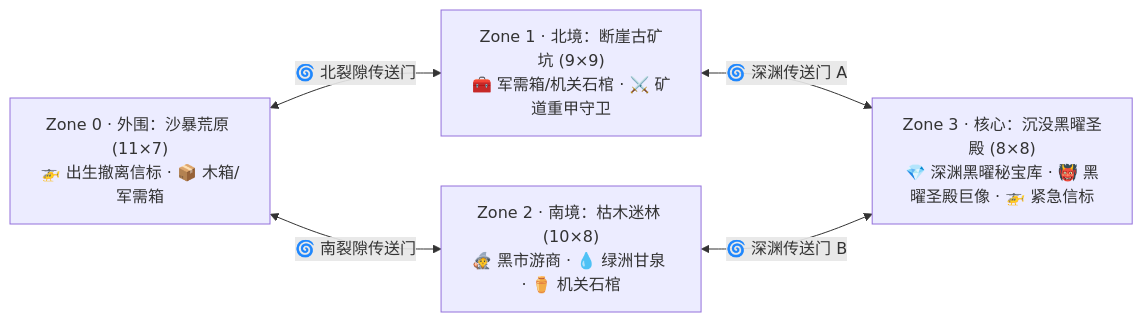
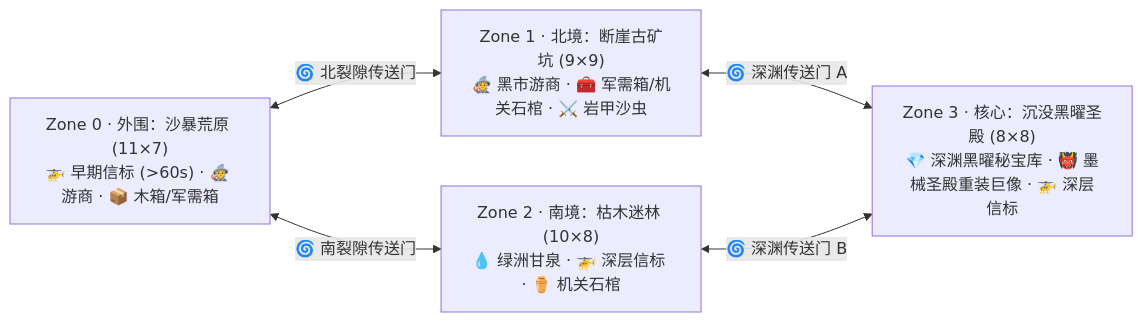
Before and after one commit to zzqDeco/drop2empire: the diagram in docs/design/03-micro/wasteland-2d-extraction-roguelite.md, drawn with Mermaid. The commit also changed other lines of this file and 10 other files, not shown here.

````diff
--- a/docs/design/03-micro/wasteland-2d-extraction-roguelite.md
+++ b/docs/design/03-micro/wasteland-2d-extraction-roguelite.md
@@ -23,7 +23,7 @@
 ```mermaid
 flowchart LR
-  Z0["Zone 0 · 外围：沙暴荒原 (11×7)\n🚁 出生撤离信标 · 📦 木箱/军需箱"] <-->|🌀 北裂隙传送门| Z1["Zone 1 · 北境：断崖古矿坑 (9×9)\n🧰 军需箱/机关石棺 · ⚔️ 矿道重甲守卫"]
-  Z0 <-->|🌀 南裂隙传送门| Z2["Zone 2 · 南境：枯木迷林 (10×8)\n🧙 黑市游商 · 💧 绿洲甘泉 · ⚱️ 机关石棺"]
-  Z1 <-->|🌀 深渊传送门 A| Z3["Zone 3 · 核心：沉没黑曜圣殿 (8×8)\n💎 深渊黑曜秘宝库 · 👹 黑曜圣殿巨像 · 🚁 紧急信标"]
+  Z0["Zone 0 · 外围：沙暴荒原 (11×7)\n🚁 早期信标 (>60s) · 🧙 游商 · 📦 木箱/军需箱"] <-->|🌀 北裂隙传送门| Z1["Zone 1 · 北境：断崖古矿坑 (9×9)\n🧙 黑市游商 · 🧰 军需箱/机关石棺 · ⚔️ 岩甲沙虫"]
+  Z0 <-->|🌀 南裂隙传送门| Z2["Zone 2 · 南境：枯木迷林 (10×8)\n💧 绿洲甘泉 · 🚁 深层信标 · ⚱️ 机关石棺"]
+  Z1 <-->|🌀 深渊传送门 A| Z3["Zone 3 · 核心：沉没黑曜圣殿 (8×8)\n💎 深渊黑曜秘宝库 · 👹 墨械圣殿重装巨像 · 🚁 深层信标"]
   Z2 <-->|🌀 深渊传送门 B| Z3
 ```
````
